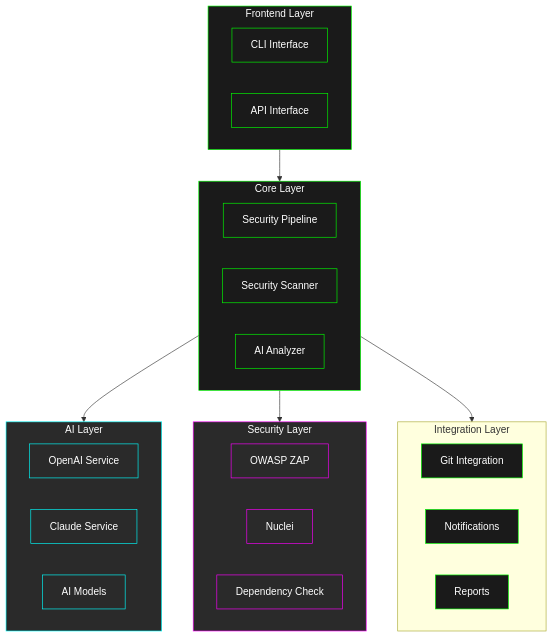
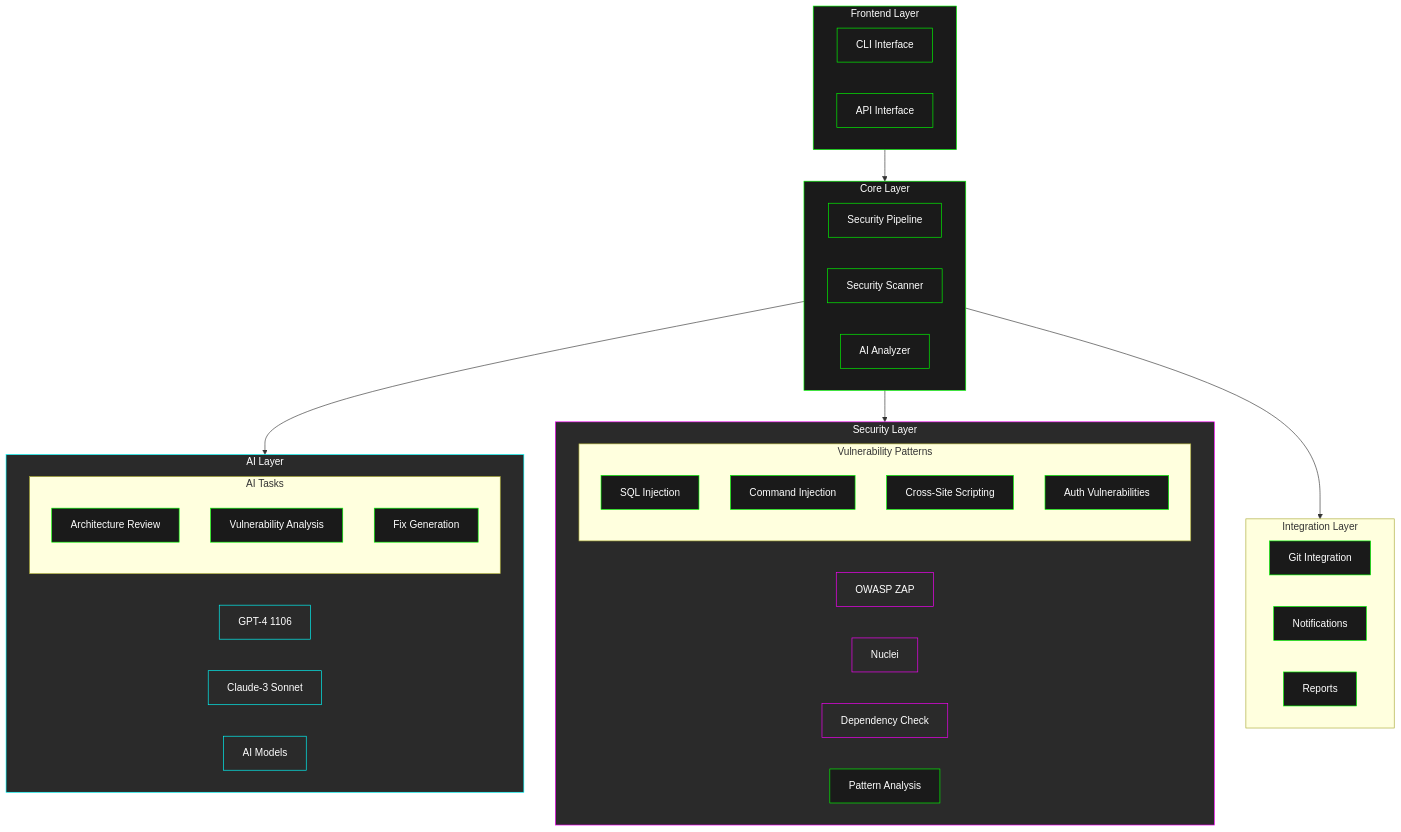
One commit to syndicate604/agentic-security changed the first of 4 diagrams in docs/architecture/README.md. Above: the diagram before and after it, drawn with Mermaid. The commit also changed 4 other files, not shown here.

````diff
--- a/docs/architecture/README.md
+++ b/docs/architecture/README.md
@@ -5,44 +5,56 @@
 ```mermaid
 flowchart TB
     subgraph Frontend["Frontend Layer"]
         CLI[CLI Interface]
         API[API Interface]
     end
 
     subgraph Core["Core Layer"]
         Pipeline[Security Pipeline]
         Scanner[Security Scanner]
         Analyzer[AI Analyzer]
     end
 
     subgraph AI["AI Layer"]
-        OpenAI[OpenAI Service]
-        Claude[Claude Service]
+        OpenAI[GPT-4 1106]
+        Claude[Claude-3 Sonnet]
         Models[AI Models]
+        subgraph Tasks["AI Tasks"]
+            ArchReview[Architecture Review]
+            VulnAnalysis[Vulnerability Analysis]
+            FixGen[Fix Generation]
+        end
     end
 
     subgraph Security["Security Layer"]
         OWASP[OWASP ZAP]
         Nuclei[Nuclei]
         DependencyCheck[Dependency Check]
+        CodeAnalysis[Pattern Analysis]
+        subgraph Patterns["Vulnerability Patterns"]
+            SQL[SQL Injection]
+            CMD[Command Injection]
+            XSS[Cross-Site Scripting]
+            Auth[Auth Vulnerabilities]
+        end
     end
 
     subgraph Integration["Integration Layer"]
         Git[Git Integration]
         Notifications[Notifications]
         Reports[Reports]
     end
 
     Frontend --> Core
     Core --> AI
     Core --> Security
     Core --> Integration
 
     classDef default fill:#1a1a1a,stroke:#00ff00,color:#fff
     classDef ai fill:#2a2a2a,stroke:#00ffff,color:#fff
     classDef security fill:#2a2a2a,stroke:#ff00ff,color:#fff
     
     class Frontend,Core default
     class AI,Models,OpenAI,Claude ai
     class Security,OWASP,Nuclei,DependencyCheck security
 ```
````
